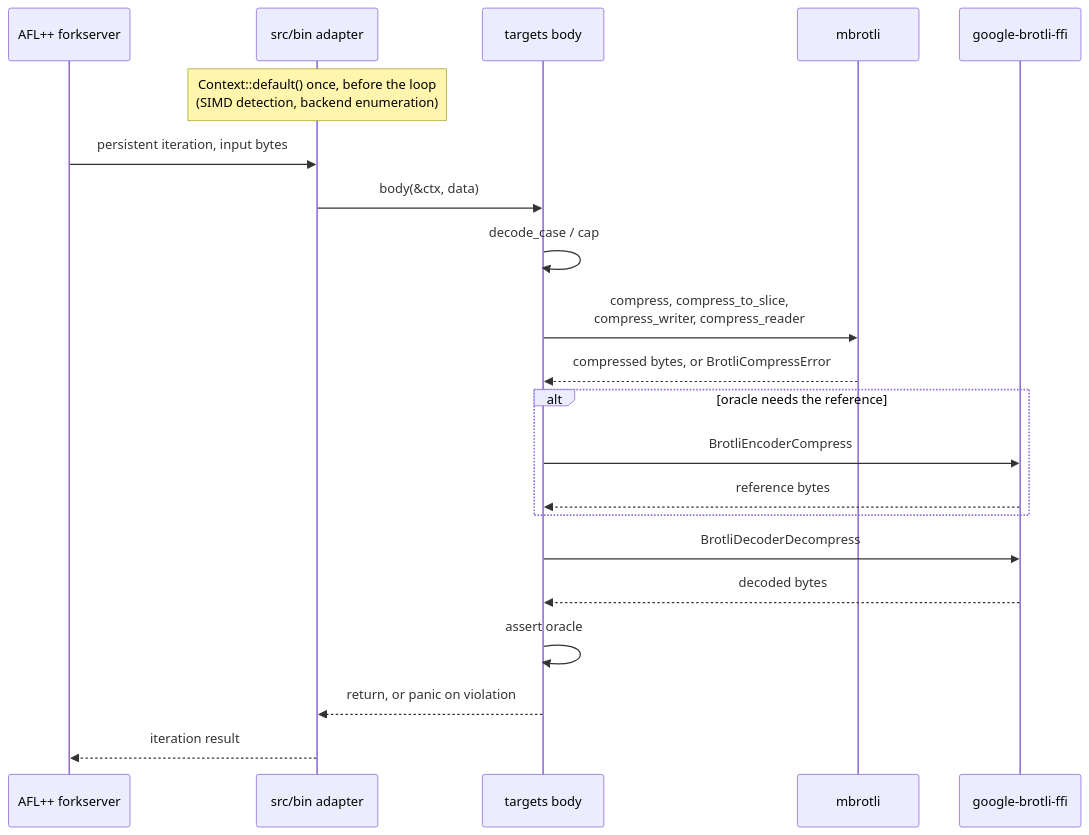
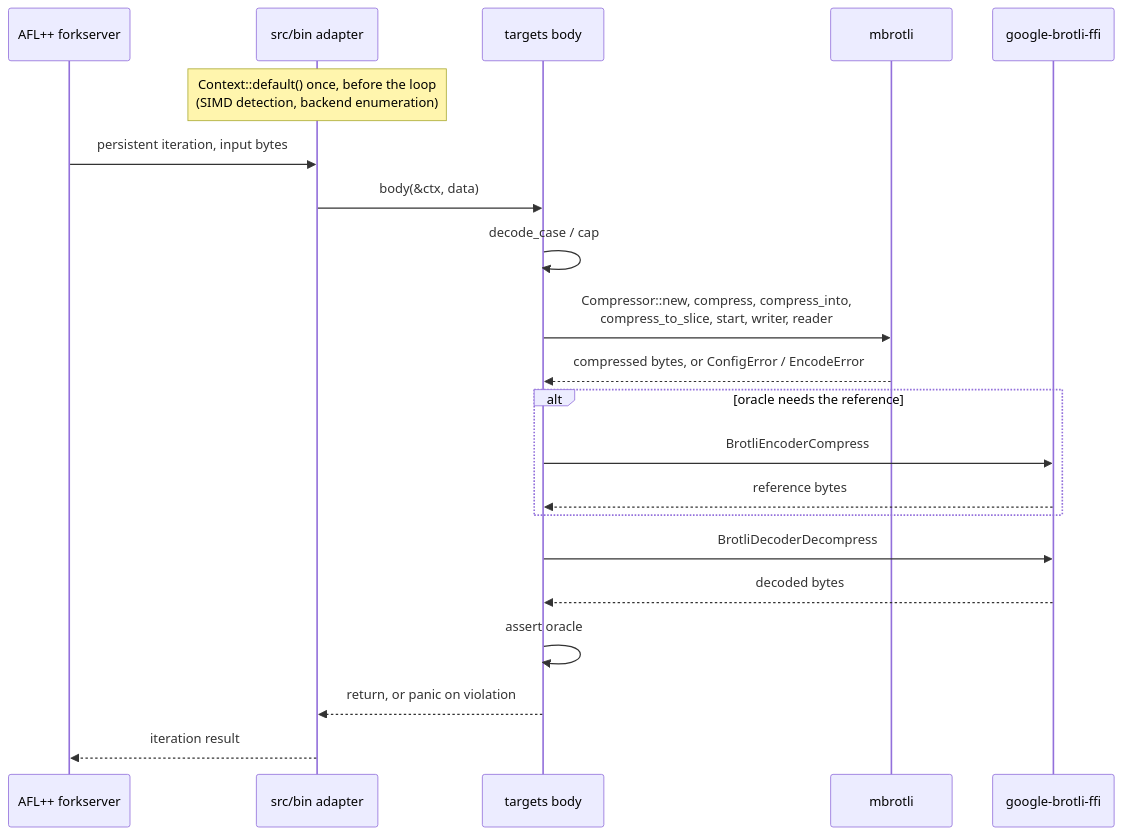
The third of 4 diagrams in architecture/fuzzing.md (Mnwa/mbrotli), drawn with Mermaid before and after one commit. The commit also changed other lines of this file and 104 other files, not shown here.

````diff
--- a/architecture/fuzzing.md
+++ b/architecture/fuzzing.md
@@ -144,24 +151,24 @@
 ```mermaid
 sequenceDiagram
     participant AFL as AFL++ forkserver
     participant Bin as src/bin adapter
     participant Body as targets body
     participant Lib as mbrotli
     participant C as google-brotli-ffi
 
     Note over Bin: Context::default() once, before the loop<br/>(SIMD detection, backend enumeration)
     AFL->>Bin: persistent iteration, input bytes
     Bin->>Body: body(&ctx, data)
     Body->>Body: decode_case / cap
-    Body->>Lib: compress, compress_to_slice,<br/>compress_writer, compress_reader
-    Lib-->>Body: compressed bytes, or BrotliCompressError
+    Body->>Lib: Compressor::new, compress, compress_into,<br/>compress_to_slice, start, writer, reader
+    Lib-->>Body: compressed bytes, or ConfigError / EncodeError
     alt oracle needs the reference
         Body->>C: BrotliEncoderCompress
         C-->>Body: reference bytes
     end
     Body->>C: BrotliDecoderDecompress
     C-->>Body: decoded bytes
     Body->>Body: assert oracle
     Body-->>Bin: return, or panic on violation
     Bin-->>AFL: iteration result
 ```
````
